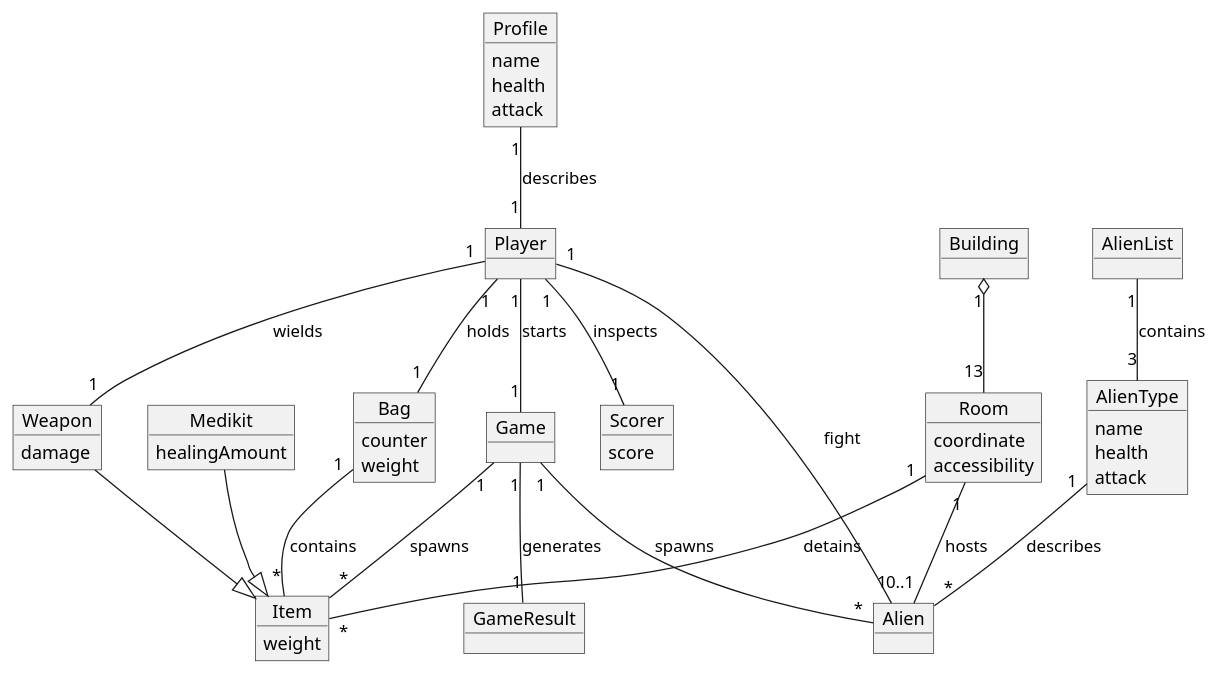
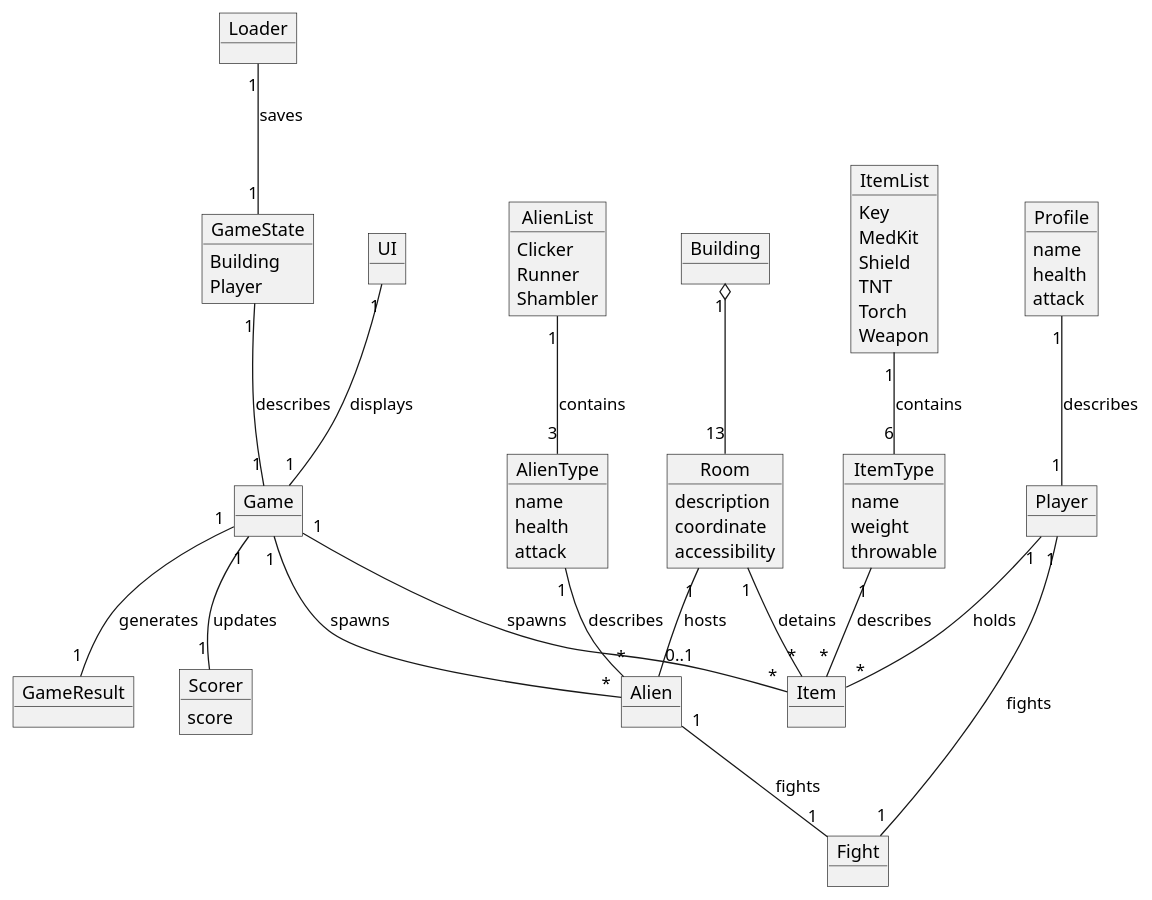
Before and after one commit to EDIDS/EDIDS_Proj: the diagram in src/main/java/com/extraction/uml/uml diagrams/Domain-Model-Diagram.puml, drawn with PlantUML.

```diff
--- a/src/main/java/com/extraction/uml/uml diagrams/Domain-Model-Diagram.puml
+++ b/src/main/java/com/extraction/uml/uml diagrams/Domain-Model-Diagram.puml
@@ -1,78 +1,97 @@
 @startuml
 
 object Player {
-
 }
 
 object Profile {
-  name
-  health
-  attack
+    name
+    health
+    attack
 }
 
 object Game {
+}
+
+object GameState {
+    Building
+    Player
 }
 
 object Alien {
 }
 
 object AlienType {
   name
   health
   attack
 }
 
 object AlienList {
-}
-
-object Bag {
-  counter
-  weight
+    Clicker
+    Runner
+    Shambler
 }
 
 object Item {
-  weight
 }
 
-object Weapon {
-  damage
+object ItemType {
+    name
+    weight
+    throwable
 }
 
-object Medikit {
-  healingAmount
+object ItemList {
+    Key
+    MedKit
+    Shield
+    TNT
+    Torch
+    Weapon
 }
 
 object GameResult {
 }
 
 object Scorer {
-score
+    score
 }
 
 object Building {
 }
 
 object Room {
-  coordinate
-  accessibility
+    description
+    coordinate
+    accessibility
 }
 
-Player"1" -- "1"Game : starts
+object Fight {
+}
+
+object Loader {
+}
+
+object UI {
+}
+
 AlienType"1" -- "*"Alien : describes
 AlienList"1" -- "3"AlienType : contains
+ItemType"1" -- "*"Item : describes
+ItemList"1" -- "6"ItemType : contains
 Game"1" -- "*"Alien : spawns
 Game"1" -- "*"Item : spawns
-Weapon --|> Item
-Medikit --|> Item
 Game"1" -- "1"GameResult : generates
-Player"1" -- "1"Scorer : inspects
-Player"1" -- "1"Bag : holds
-Bag"1" -- "*"Item : contains
+Game"1" -- "1"Scorer : updates
+GameState"1" -- "1"Game : describes
+Player"1" -- "*"Item : holds
 Building"1" o-- "13"Room
 Room"1" -- "*"Item : detains
-Player"1" -- "1"Alien : fight
+Player"1" -- "1"Fight : fights
+Alien"1" -- "1"Fight : fights
 Profile"1" -- "1"Player : describes
 Room"1" --  "0..1"Alien : hosts
-Player"1" -- "1"Weapon : wields
+Loader"1" -- "1"GameState : saves
+UI"1" -- "1"Game : displays
 
 @enduml
```
